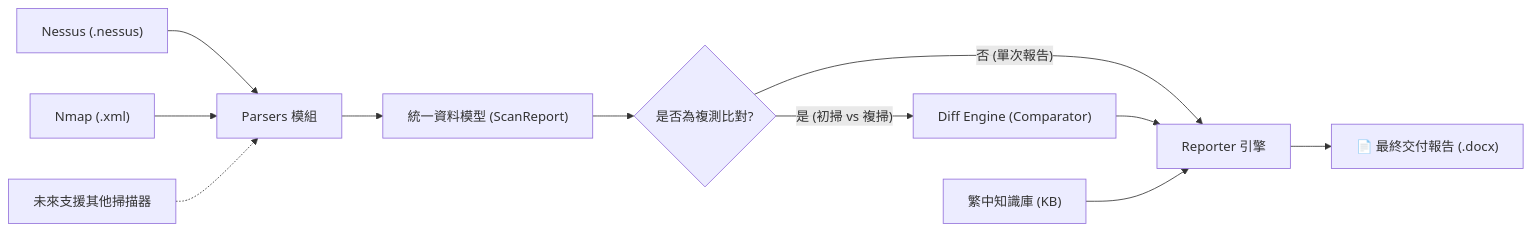
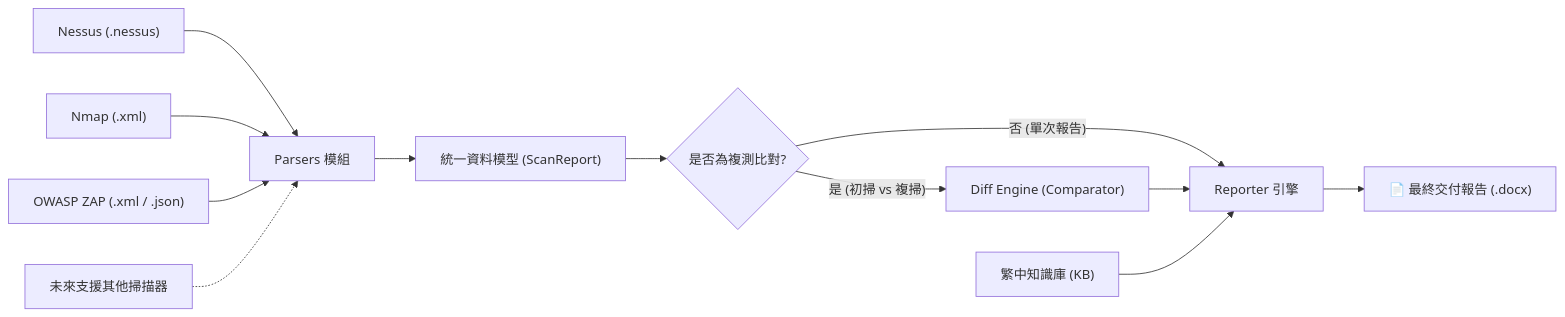
Before and after one commit to NickYCLin/vuln-weaver: the diagram in README.md, drawn with Mermaid. The commit also changed other lines of this file and 5 other files, not shown here.

First line of the commit message:
feat(parser): 支援 OWASP ZAP XML 與 JSON 報告匯入

````diff
--- a/README.md
+++ b/README.md
@@ -52,17 +54,18 @@
 ```mermaid
 flowchart LR
     A["Nessus (.nessus)"] --> D["Parsers 模組"]
     B["Nmap (.xml)"] --> D
-    C["未來支援其他掃描器"] -.-> D
+    C["OWASP ZAP (.xml / .json)"] --> D
+    C2["未來支援其他掃描器"] -.-> D
     
     D --> E["統一資料模型 (ScanReport)"]
     
     E --> F{"是否為複測比對?"}
     F -->|"是 (初掃 vs 複掃)"| G["Diff Engine (Comparator)"]
     F -->|"否 (單次報告)"| H["Reporter 引擎"]
     
     G --> H
     J["繁中知識庫 (KB)"] --> H
     
     H --> K["📄 最終交付報告 (.docx)"]
 ```
````
